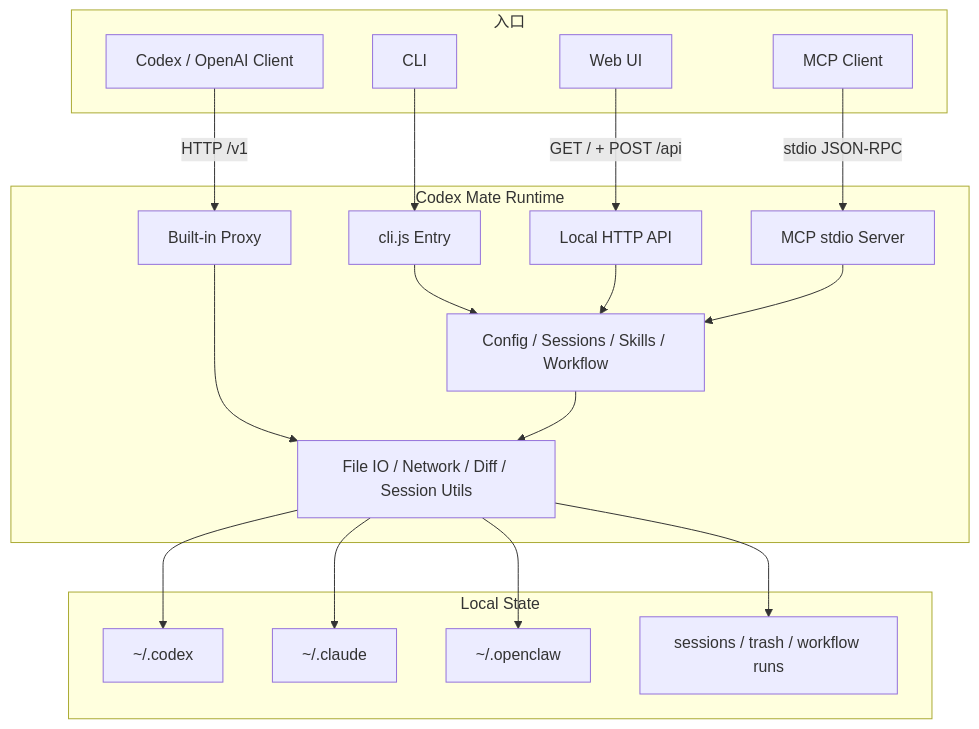
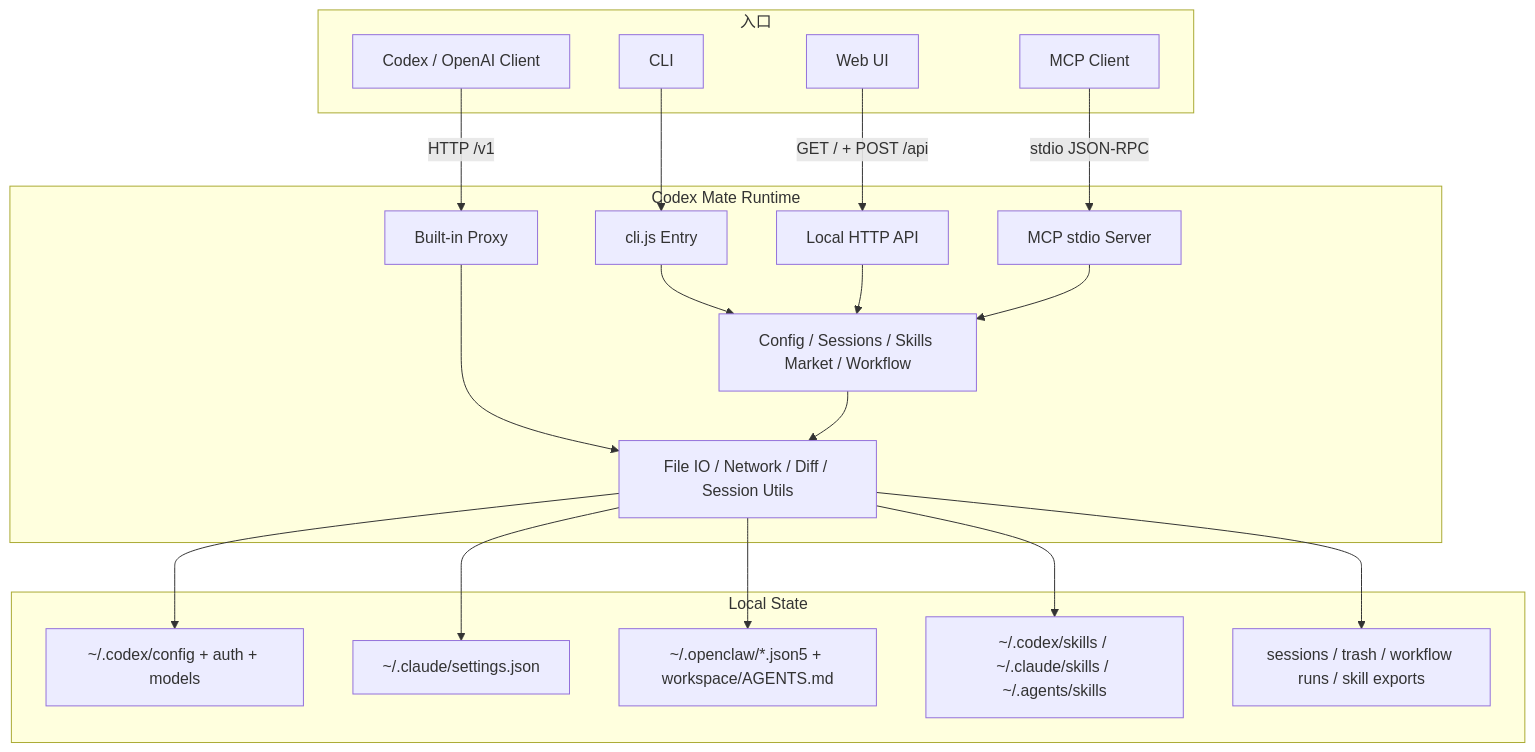
Before and after one commit to ymkiux/codexmate: the diagram in README.md, drawn with Mermaid. The commit also changed other lines of this file and 16 other files, not shown here.

Commit message:
feat: add local skills market and LAN web defaults

````diff
--- a/README.md
+++ b/README.md
@@ -63,42 +71,44 @@
 ```mermaid
 flowchart TB
     subgraph Interfaces["入口"]
       CLI["CLI"]
       WEB["Web UI"]
       MCP["MCP Client"]
       OAI["Codex / OpenAI Client"]
     end
 
     subgraph Runtime["Codex Mate Runtime"]
       ENTRY["cli.js Entry"]
       API["Local HTTP API"]
       MCPS["MCP stdio Server"]
       PROXY["Built-in Proxy"]
-      SERVICES["Config / Sessions / Skills / Workflow"]
+      SERVICES["Config / Sessions / Skills Market / Workflow"]
       CORE["File IO / Network / Diff / Session Utils"]
     end
 
     subgraph State["Local State"]
-      CODEX["~/.codex"]
-      CLAUDE["~/.claude"]
-      OPENCLAW["~/.openclaw"]
-      STATE["sessions / trash / workflow runs"]
+      CODEX["~/.codex/config + auth + models"]
+      CLAUDE["~/.claude/settings.json"]
+      OPENCLAW["~/.openclaw/*.json5 + workspace/AGENTS.md"]
+      SKILLS["~/.codex/skills / ~/.claude/skills / ~/.agents/skills"]
+      STATE["sessions / trash / workflow runs / skill exports"]
     end
 
     CLI --> ENTRY
     WEB -->|GET / + POST /api| API
     MCP -->|stdio JSON-RPC| MCPS
     OAI -->|HTTP /v1| PROXY
 
     ENTRY --> SERVICES
     API --> SERVICES
     MCPS --> SERVICES
     PROXY --> CORE
 
     SERVICES --> CORE
 
     CORE --> CODEX
     CORE --> CLAUDE
     CORE --> OPENCLAW
+    CORE --> SKILLS
     CORE --> STATE
 ```
````
